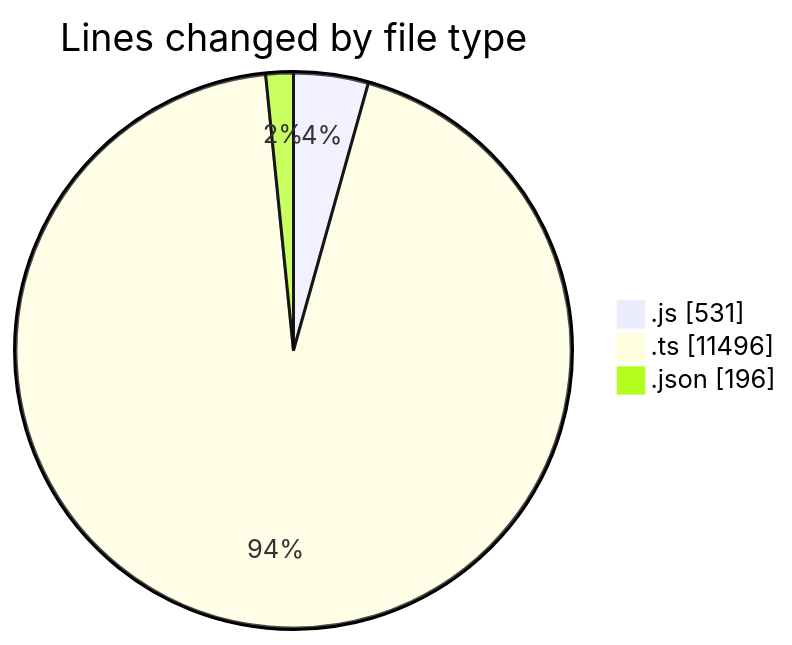
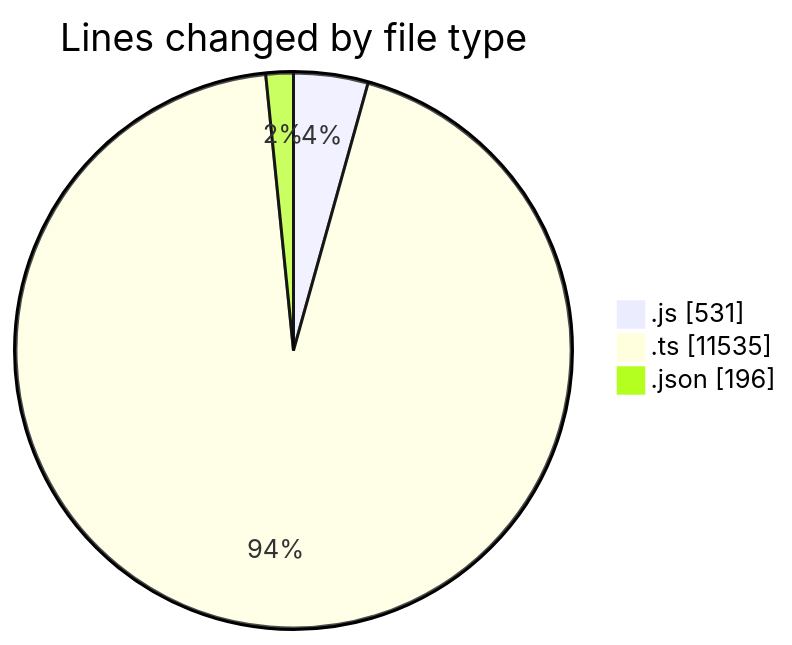
One commit to momahboobian/code-tracking changed the first of 2 diagrams in 2025-05-29/cda/README.md. Above: the diagram before and after it, drawn with Mermaid. The commit also changed other lines of this file and 1 other file, not shown here.

````diff
--- a/2025-05-29/cda/README.md
+++ b/2025-05-29/cda/README.md
@@ -29,7 +29,7 @@
 ```mermaid
 pie showData
 title Lines changed by file type
 ".js" : 531
-".ts" : 11496
+".ts" : 11535
 ".json" : 196
 ```
````
